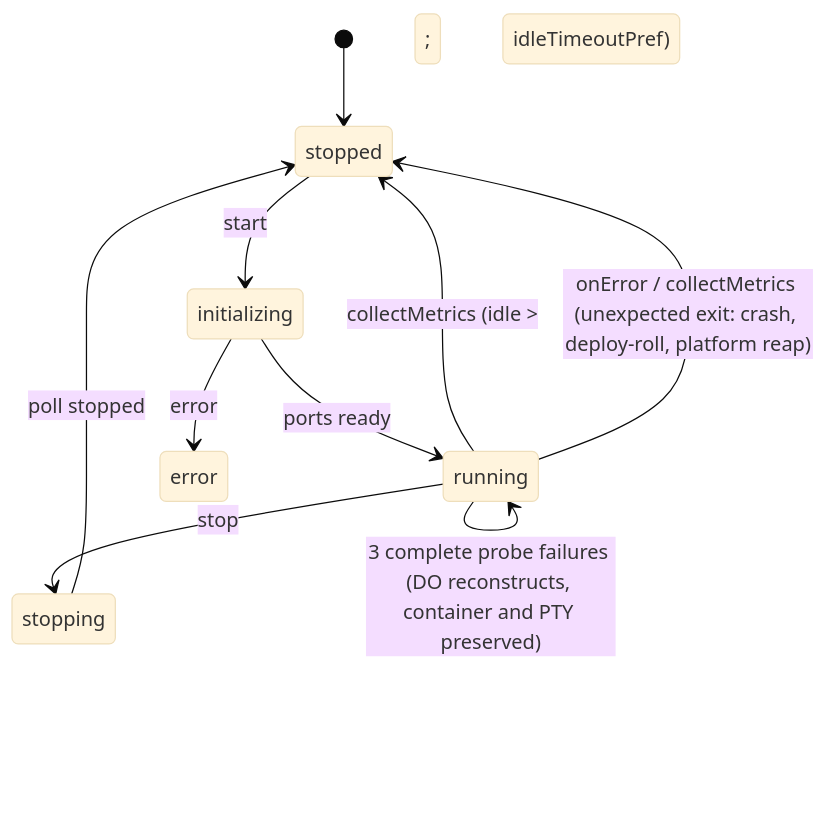
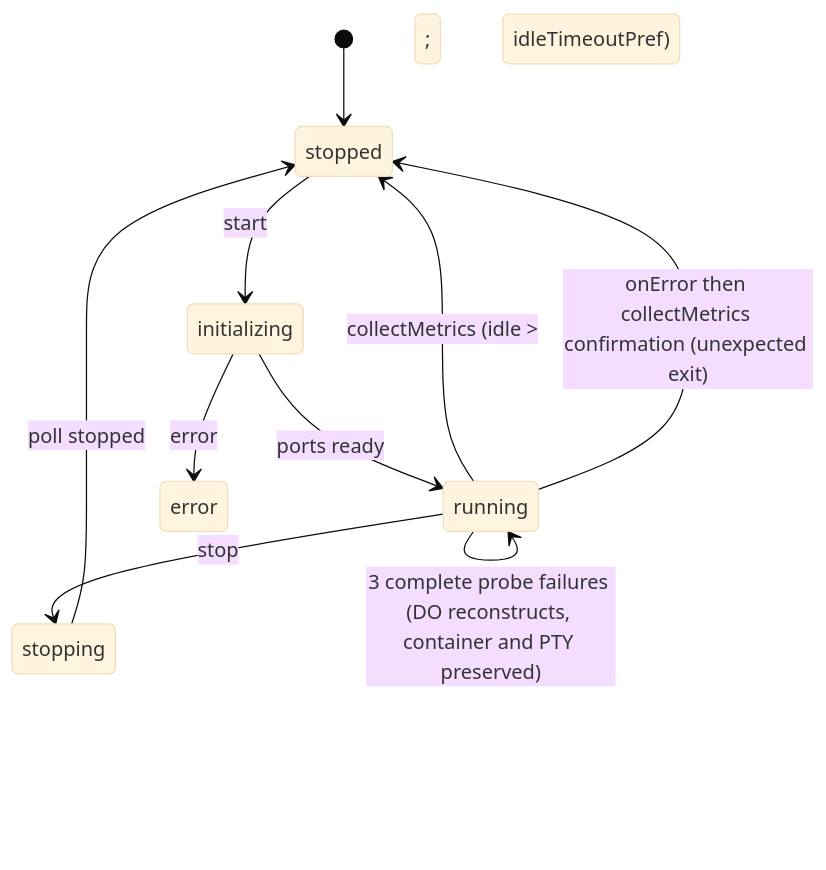
One commit to nikolanovoselec/codeflare changed the fourth of 11 diagrams in documentation/lanes/architecture.md. Above: the diagram before and after it, drawn with Mermaid (base theme). The commit also changed other lines of this file and 118 other files, not shown here.

````diff
--- a/documentation/lanes/architecture.md
+++ b/documentation/lanes/architecture.md
@@ -490,12 +501,12 @@
 ```mermaid
 stateDiagram-v2
     [*] --> stopped
     stopped --> initializing : start
     initializing --> running : ports ready
     initializing --> error : error
     running --> stopping : stop
     stopping --> stopped : poll stopped
     running --> running : 3 complete probe failures (DO reconstructs, container and PTY preserved)
     running --> stopped : collectMetrics (idle &gt; idleTimeoutPref)
-    running --> stopped : onError / collectMetrics (unexpected exit: crash, deploy-roll, platform reap)
+    running --> stopped : onError then collectMetrics confirmation (unexpected exit)
 ```
````
